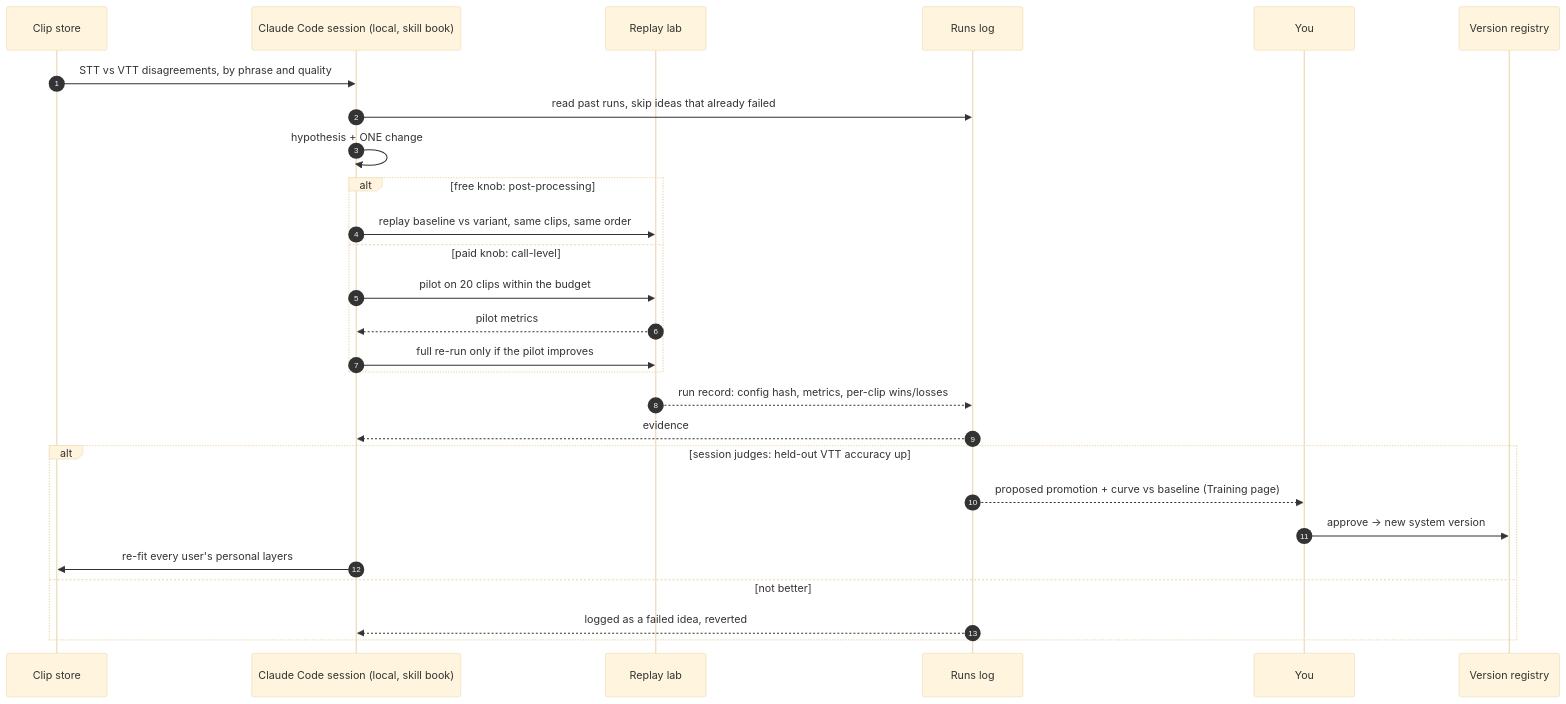
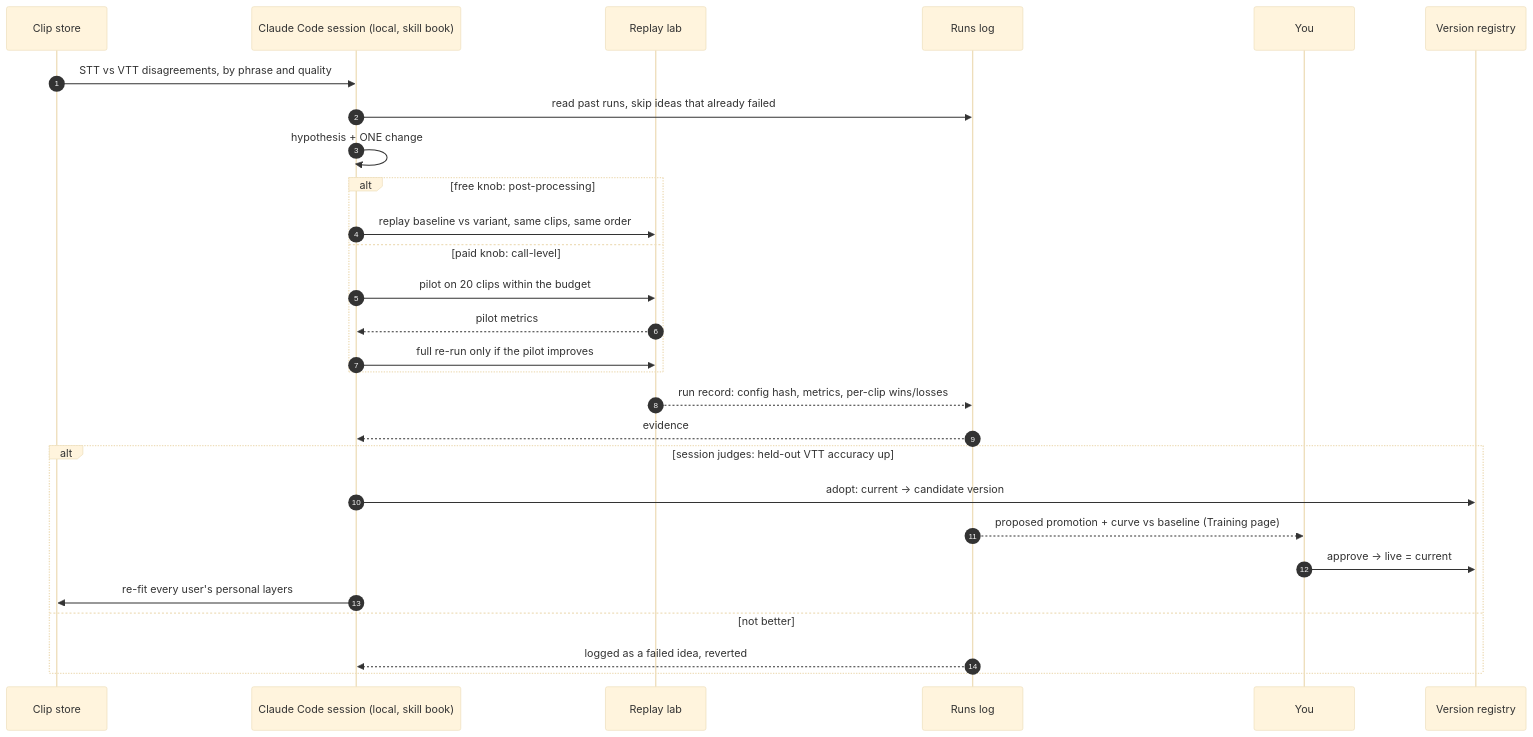
One commit to Darijan-Ducic/badge-machine changed the third of 3 diagrams in README.md. Above: the diagram before and after it, drawn with Mermaid (base theme). The commit also changed other lines of this file and 2 other files, not shown here.

First line of the commit message:
docs: the session that iterates is building, not built; approval moves live

````diff
--- a/README.md
+++ b/README.md
@@ -120,29 +120,30 @@
 ```mermaid
 sequenceDiagram
   autonumber
   participant S as Clip store
   participant A as Claude Code session (local, skill book)
   participant L as Replay lab
   participant R as Runs log
   participant H as You
   participant V as Version registry
   S->>A: STT vs VTT disagreements, by phrase and quality
   A->>R: read past runs, skip ideas that already failed
   A->>A: hypothesis + ONE change
   alt free knob: post-processing
     A->>L: replay baseline vs variant, same clips, same order
   else paid knob: call-level
     A->>L: pilot on 20 clips within the budget
     L-->>A: pilot metrics
     A->>L: full re-run only if the pilot improves
   end
   L-->>R: run record: config hash, metrics, per-clip wins/losses
   R-->>A: evidence
   alt session judges: held-out VTT accuracy up
+    A->>V: adopt: current → candidate version
     R-->>H: proposed promotion + curve vs baseline (Training page)
-    H->>V: approve → new system version
+    H->>V: approve → live = current
     A->>S: re-fit every user's personal layers
   else not better
     R-->>A: logged as a failed idea, reverted
   end
 ```
````
